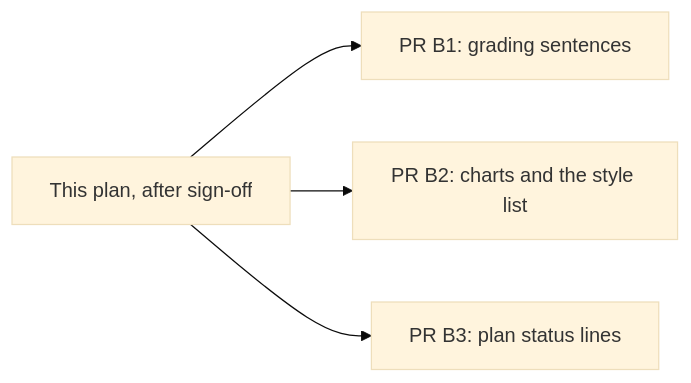
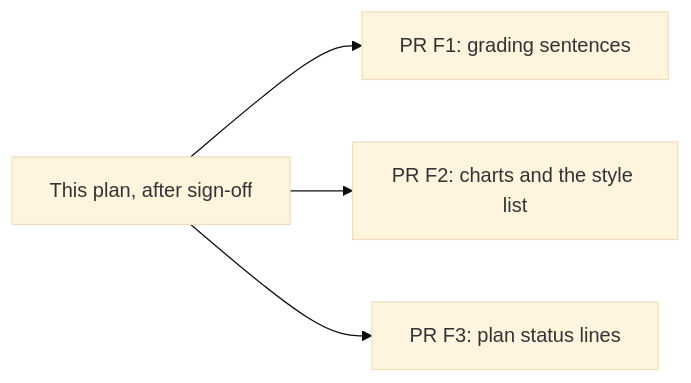
Before and after one commit to davidpizon/TotallyHot-ArcRouter: the diagram in docs/plans/issue-315-phase-b-docs-follow-up.md, drawn with Mermaid (base theme). The commit also changed other lines of this file, not shown here.

First line of the commit message:
docs: call this plan a follow-up, not Phase B

````diff
--- a/docs/plans/issue-315-phase-b-docs-follow-up.md
+++ b/docs/plans/issue-315-phase-b-docs-follow-up.md
@@ -37,10 +37,10 @@
 ```mermaid
 flowchart LR
   P["This plan, after sign-off"]
-  A["PR B1: grading sentences"]
-  B["PR B2: charts and the style list"]
-  C["PR B3: plan status lines"]
+  A["PR F1: grading sentences"]
+  B["PR F2: charts and the style list"]
+  C["PR F3: plan status lines"]
   P --> A
   P --> B
   P --> C
 ```
````
